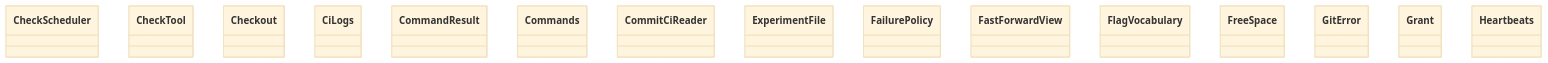
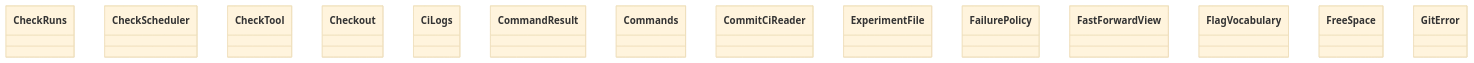
Before and after one commit to GonzaloZevallos/agentic-system: the diagram in docs/architecture/generated/classes-process-application-support-2.md, drawn with Mermaid (base theme). The commit also changed other lines of this file and 24 other files, not shown here.

````diff
--- a/docs/architecture/generated/classes-process-application-support-2.md
+++ b/docs/architecture/generated/classes-process-application-support-2.md
@@ -19,18 +20,17 @@
 ```mermaid
 classDiagram
+    class ports__CheckRuns["CheckRuns"]
     class ports__CheckScheduler["CheckScheduler"]
     class ports__CheckTool["CheckTool"]
     class ports__Checkout["Checkout"]
     class ports__CiLogs["CiLogs"]
     class ports__CommandResult["CommandResult"]
     class ports__Commands["Commands"]
     class ports__CommitCiReader["CommitCiReader"]
     class ports__ExperimentFile["ExperimentFile"]
     class ports__FailurePolicy["FailurePolicy"]
     class ports__FastForwardView["FastForwardView"]
     class ports__FlagVocabulary["FlagVocabulary"]
     class ports__FreeSpace["FreeSpace"]
     class ports__GitError["GitError"]
-    class ports__Grant["Grant"]
-    class ports__Heartbeats["Heartbeats"]
 ```
````
